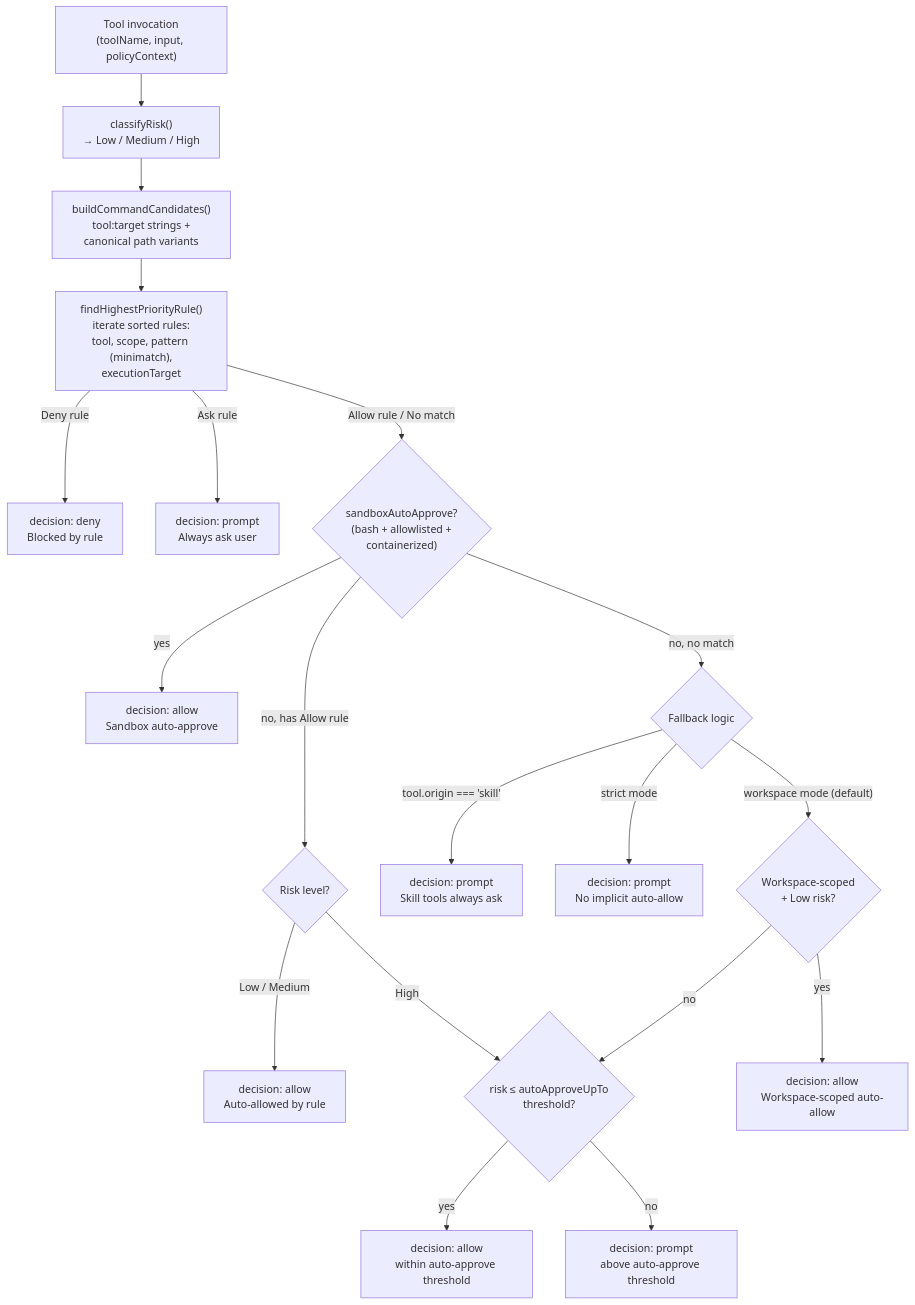
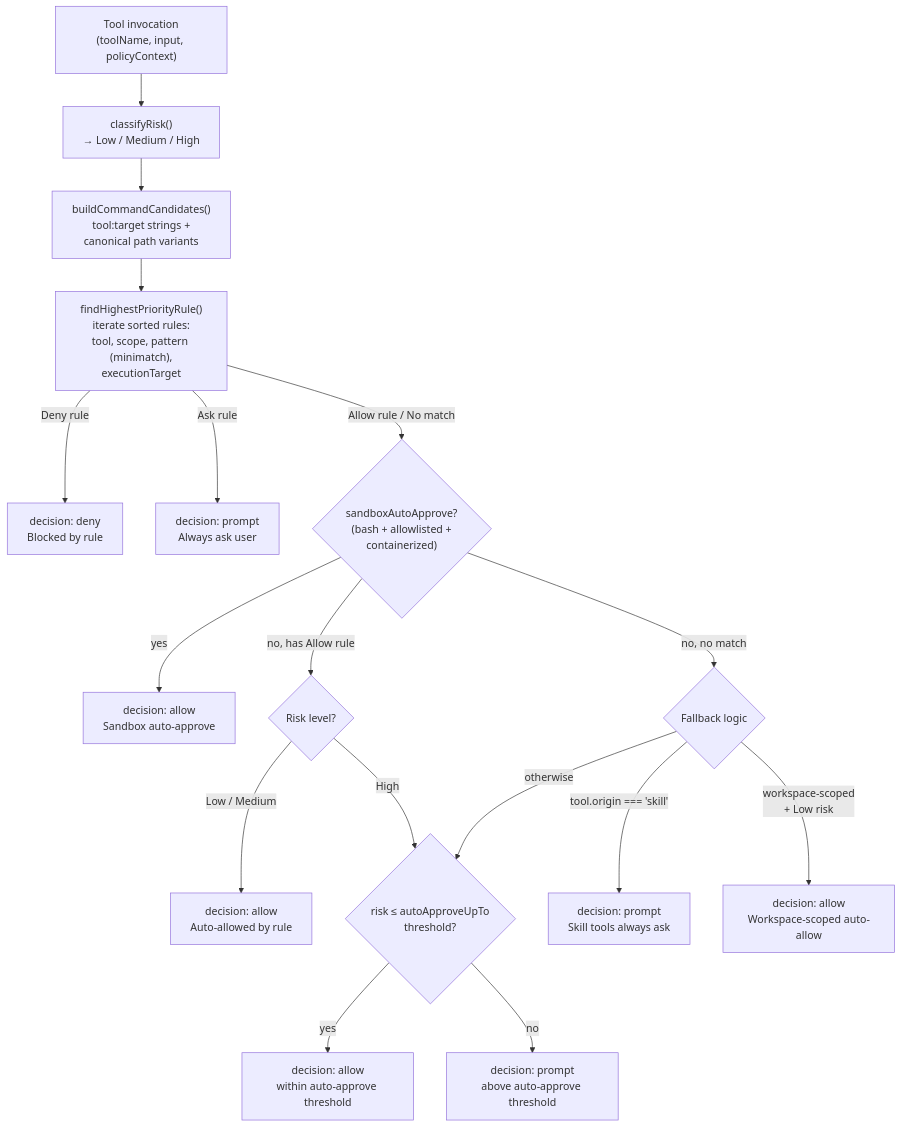
One commit to vellum-ai/vellum-assistant changed the first of 4 diagrams in assistant/docs/architecture/security.md. Above: the diagram before and after it, drawn with Mermaid. The commit also changed other lines of this file and 4 other files, not shown here.

First line of the commit message:
fix: always override threshold for strict migration + update stale docs

````diff
--- a/assistant/docs/architecture/security.md
+++ b/assistant/docs/architecture/security.md
@@ -11,27 +11,25 @@
 ```mermaid
 graph TB
     TOOL_CALL["Tool invocation<br/>(toolName, input, policyContext)"] --> CLASSIFY["classifyRisk()<br/>→ Low / Medium / High"]
     CLASSIFY --> CANDIDATES["buildCommandCandidates()<br/>tool:target strings +<br/>canonical path variants"]
     CANDIDATES --> FIND_RULE["findHighestPriorityRule()<br/>iterate sorted rules:<br/>tool, scope, pattern (minimatch),<br/>executionTarget"]
 
     FIND_RULE -->|"Deny rule"| DENY["decision: deny<br/>Blocked by rule"]
     FIND_RULE -->|"Ask rule"| PROMPT_ASK["decision: prompt<br/>Always ask user"]
     FIND_RULE -->|"Allow rule / No match"| SANDBOX_CHECK{"sandboxAutoApprove?<br/>(bash + allowlisted +<br/>containerized)"}
 
     SANDBOX_CHECK -->|"yes"| AUTO_SANDBOX["decision: allow<br/>Sandbox auto-approve"]
     SANDBOX_CHECK -->|"no, has Allow rule"| RISK_CHECK{"Risk level?"}
     SANDBOX_CHECK -->|"no, no match"| NO_MATCH{"Fallback logic"}
 
     RISK_CHECK -->|"Low / Medium"| AUTO_ALLOW["decision: allow<br/>Auto-allowed by rule"]
     RISK_CHECK -->|"High"| RISK_THRESHOLD{"Risk-based<br/>threshold fallback"}
 
     NO_MATCH -->|"tool.origin === 'skill'"| PROMPT_SKILL["decision: prompt<br/>Skill tools always ask"]
-    NO_MATCH -->|"strict mode"| PROMPT_STRICT["decision: prompt<br/>No implicit auto-allow"]
-    NO_MATCH -->|"workspace mode (default)"| WS_CHECK{"Workspace-scoped<br/>+ Low risk?"}
-    WS_CHECK -->|"yes"| AUTO_WS["decision: allow<br/>Workspace-scoped auto-allow"]
-    WS_CHECK -->|"no"| RISK_THRESHOLD
+    NO_MATCH -->|"workspace-scoped<br/>+ Low risk"| AUTO_WS["decision: allow<br/>Workspace-scoped auto-allow"]
+    NO_MATCH -->|"otherwise"| RISK_THRESHOLD
 
     RISK_THRESHOLD{"risk ≤ autoApproveUpTo<br/>threshold?"}
     RISK_THRESHOLD -->|"yes"| AUTO_THRESHOLD["decision: allow<br/>within auto-approve threshold"]
     RISK_THRESHOLD -->|"no"| PROMPT_THRESHOLD["decision: prompt<br/>above auto-approve threshold"]
 ```
````
